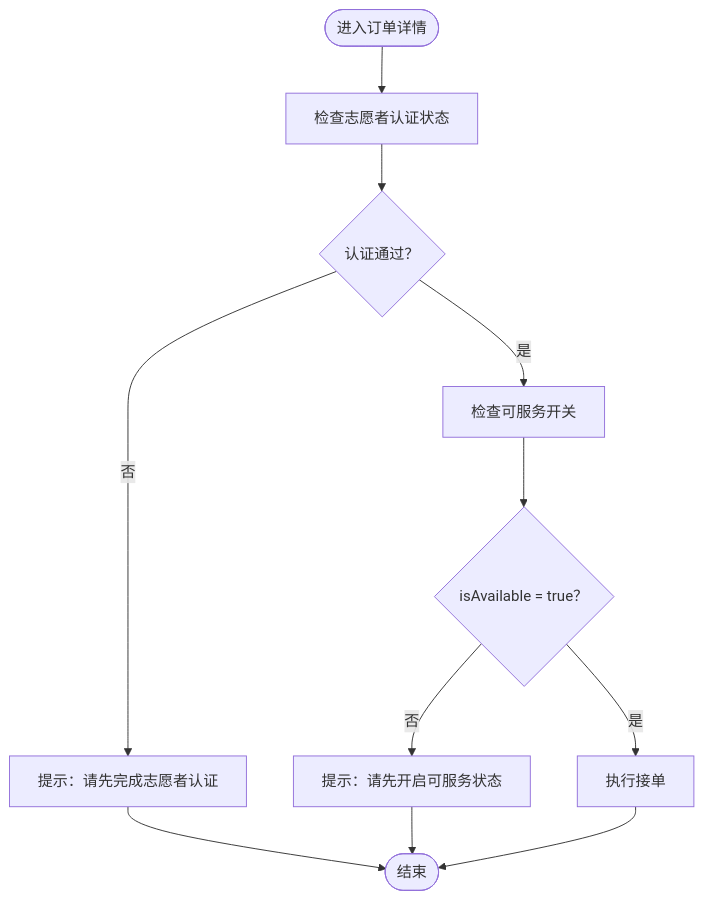
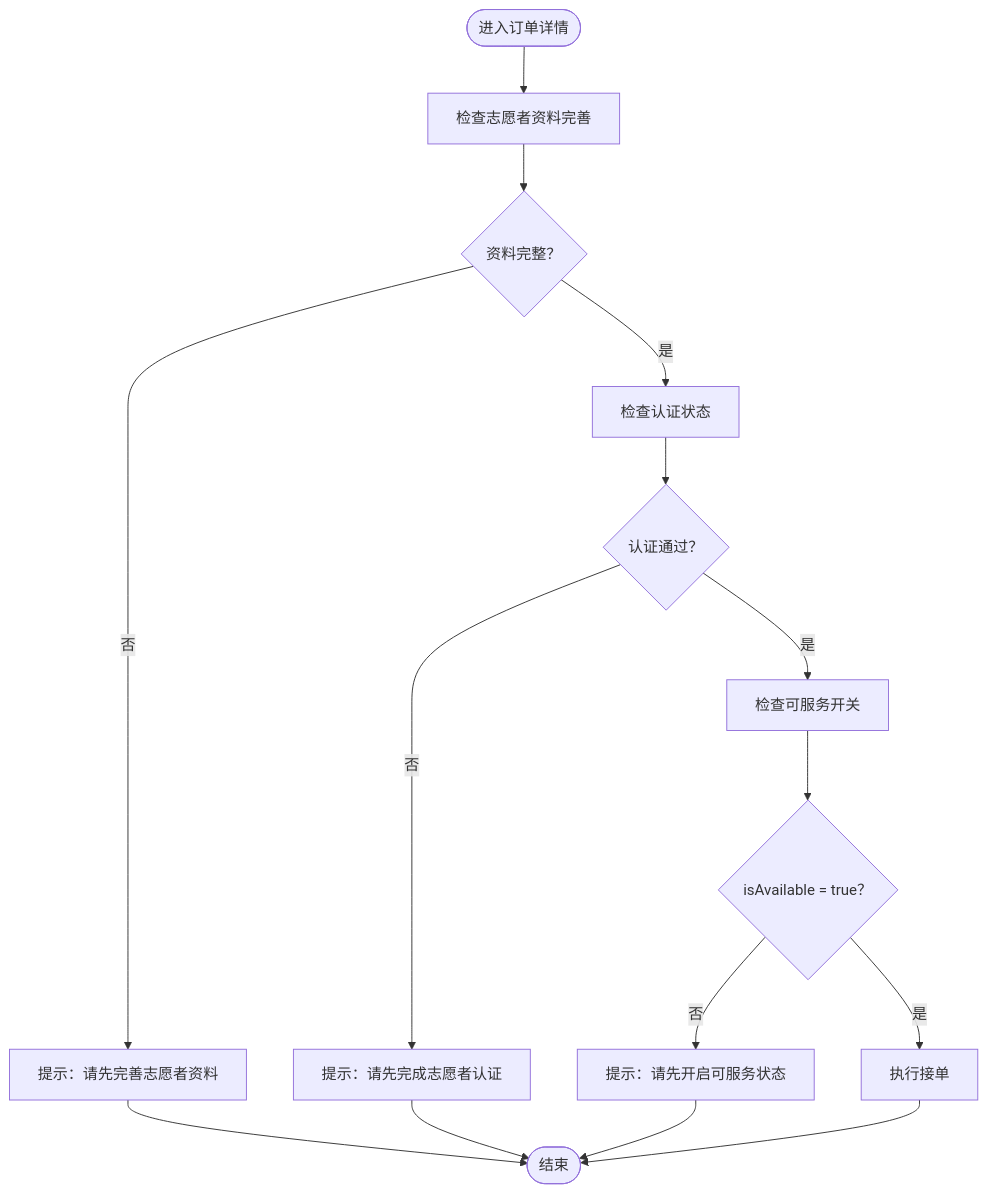
The third of 11 diagrams in .qoder/repowiki/zh/content/核心功能模块/志愿者功能/接单服务流程.md (Jayden23018/blind-run-ios), drawn with Mermaid before and after one commit. The commit also changed other lines of this file and 15 other files, not shown here.

````diff
--- a/.qoder/repowiki/zh/content/核心功能模块/志愿者功能/接单服务流程.md
+++ b/.qoder/repowiki/zh/content/核心功能模块/志愿者功能/接单服务流程.md
@@ -159,13 +181,17 @@
 ```mermaid
 flowchart TD
-Start(["进入订单详情"]) --> CheckProfile["检查志愿者认证状态"]
-CheckProfile --> Approved{"认证通过？"}
-Approved --> |否| ShowNotApproved["提示：请先完成志愿者认证"]
-Approved --> |是| CheckAvail["检查可服务开关"]
-CheckAvail --> Avail{"isAvailable = true？"}
-Avail --> |否| ShowNotAvailable["提示：请先开启可服务状态"]
-Avail --> |是| Accept["执行接单"]
-ShowNotApproved --> End(["结束"])
+Start(["进入订单详情"]) --> CheckProfile["检查志愿者资料完善"]
+CheckProfile --> ProfileOK{"资料完整？"}
+ProfileOK --> |否| ShowIncomplete["提示：请先完善志愿者资料"]
+ProfileOK --> |是| CheckAuth["检查认证状态"]
+CheckAuth --> AuthOK{"认证通过？"}
+AuthOK --> |否| ShowNotApproved["提示：请先完成志愿者认证"]
+AuthOK --> |是| CheckAvail["检查可服务开关"]
+CheckAvail --> AvailOK{"isAvailable = true？"}
+AvailOK --> |否| ShowNotAvailable["提示：请先开启可服务状态"]
+AvailOK --> |是| Accept["执行接单"]
+ShowIncomplete --> End(["结束"])
+ShowNotApproved --> End
 ShowNotAvailable --> End
 Accept --> End
 ```
````
